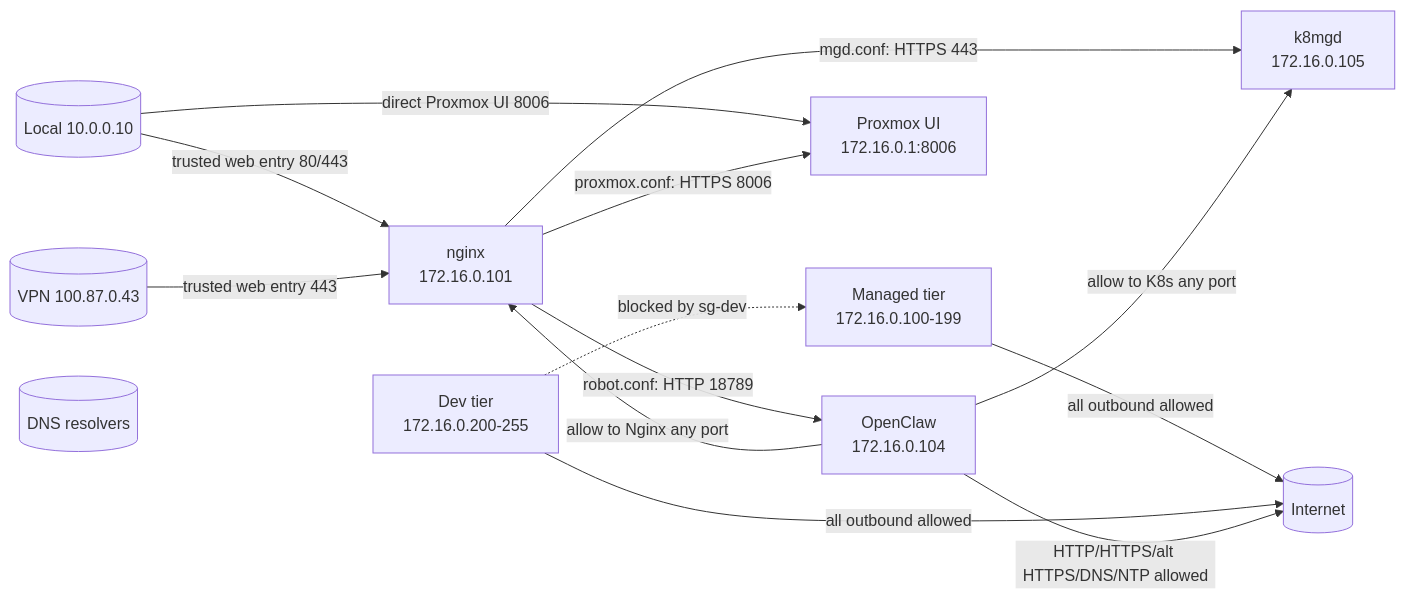
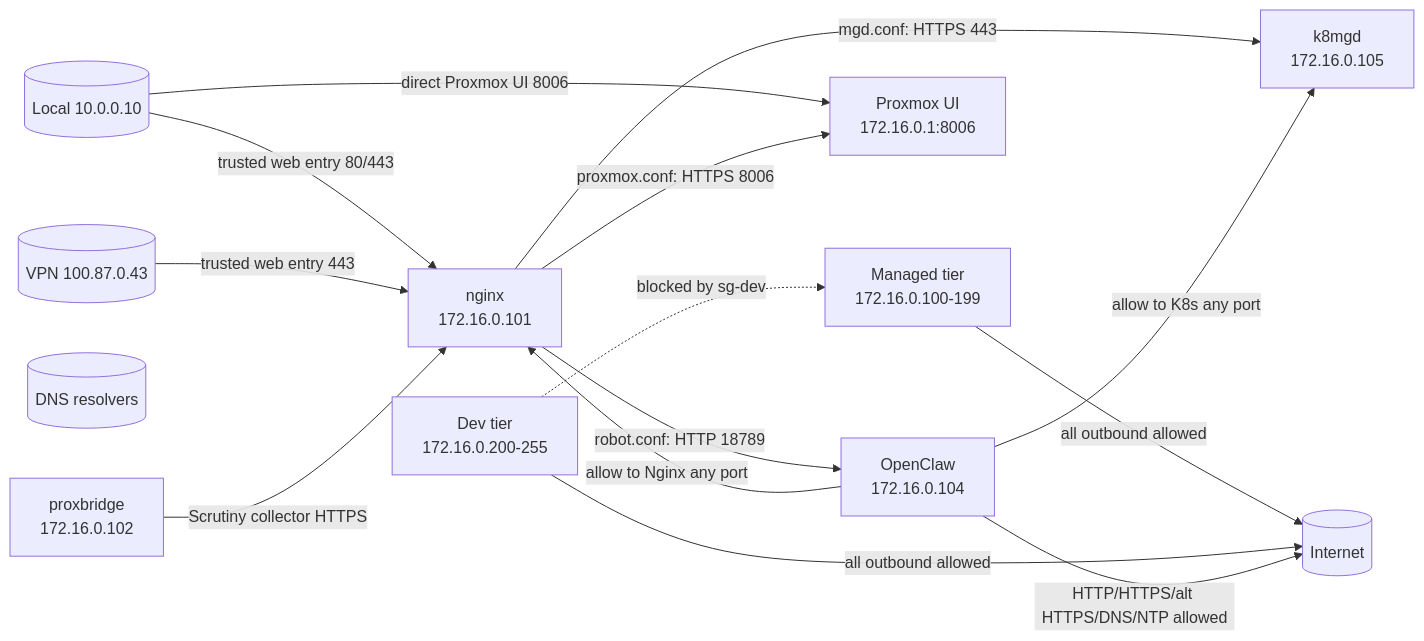
The diagram in infrastructure/terra/proxmox/README.md (nirmalhk7/operationscenter), drawn with Mermaid before and after one commit. The commit also changed other lines of this file and 2 other files, not shown here.

Commit message:
docs(monitoring): document proxmox disk telemetry setup

````diff
--- a/infrastructure/terra/proxmox/README.md
+++ b/infrastructure/terra/proxmox/README.md
@@ -9,29 +9,31 @@
 ```mermaid
 flowchart LR
   Local[(Local 10.0.0.10)]
   VPN[(VPN 100.87.0.43)]
   DNS[(DNS resolvers)]
   Internet[(Internet)]
   Nginx["nginx<br/>172.16.0.101"]
   K8s["k8mgd<br/>172.16.0.105"]
   OpenClaw["OpenClaw<br/>172.16.0.104"]
   ProxmoxUI["Proxmox UI<br/>172.16.0.1:8006"]
   ManagedNet["Managed tier<br/>172.16.0.100-199"]
   DevNet["Dev tier<br/>172.16.0.200-255"]
+  Proxbridge["proxbridge<br/>172.16.0.102"]
 
   Local -->|direct Proxmox UI 8006| ProxmoxUI
   Local -->|trusted web entry 80/443| Nginx
   VPN -->|trusted web entry 443| Nginx
 
   Nginx -->|mgd.conf: HTTPS 443| K8s
   Nginx -->|proxmox.conf: HTTPS 8006| ProxmoxUI
   Nginx -->|robot.conf: HTTP 18789| OpenClaw
+  Proxbridge -->|Scrutiny collector HTTPS| Nginx
 
   ManagedNet -->|all outbound allowed| Internet
   DevNet -->|all outbound allowed| Internet
   DevNet -.->|blocked by sg-dev| ManagedNet
 
   OpenClaw -->|allow to Nginx any port| Nginx
   OpenClaw -->|allow to K8s any port| K8s
   OpenClaw -->|HTTP/HTTPS/alt HTTPS/DNS/NTP allowed| Internet
 ```
````
